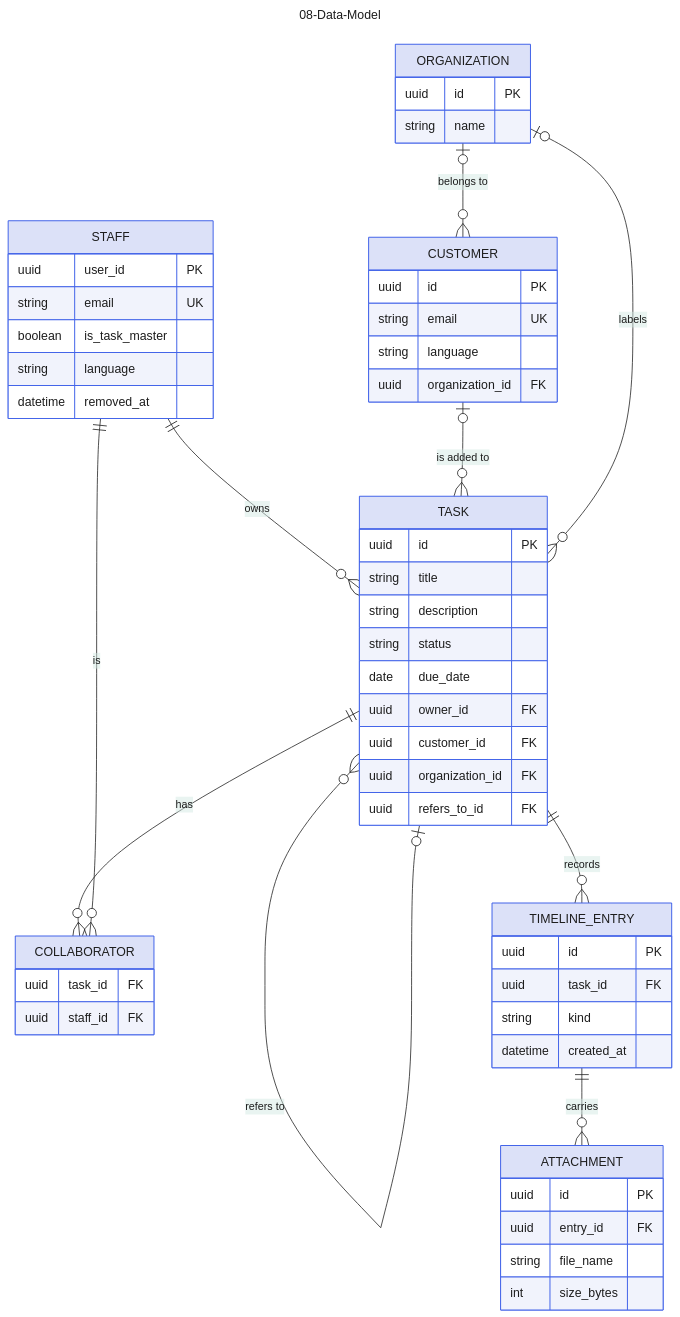
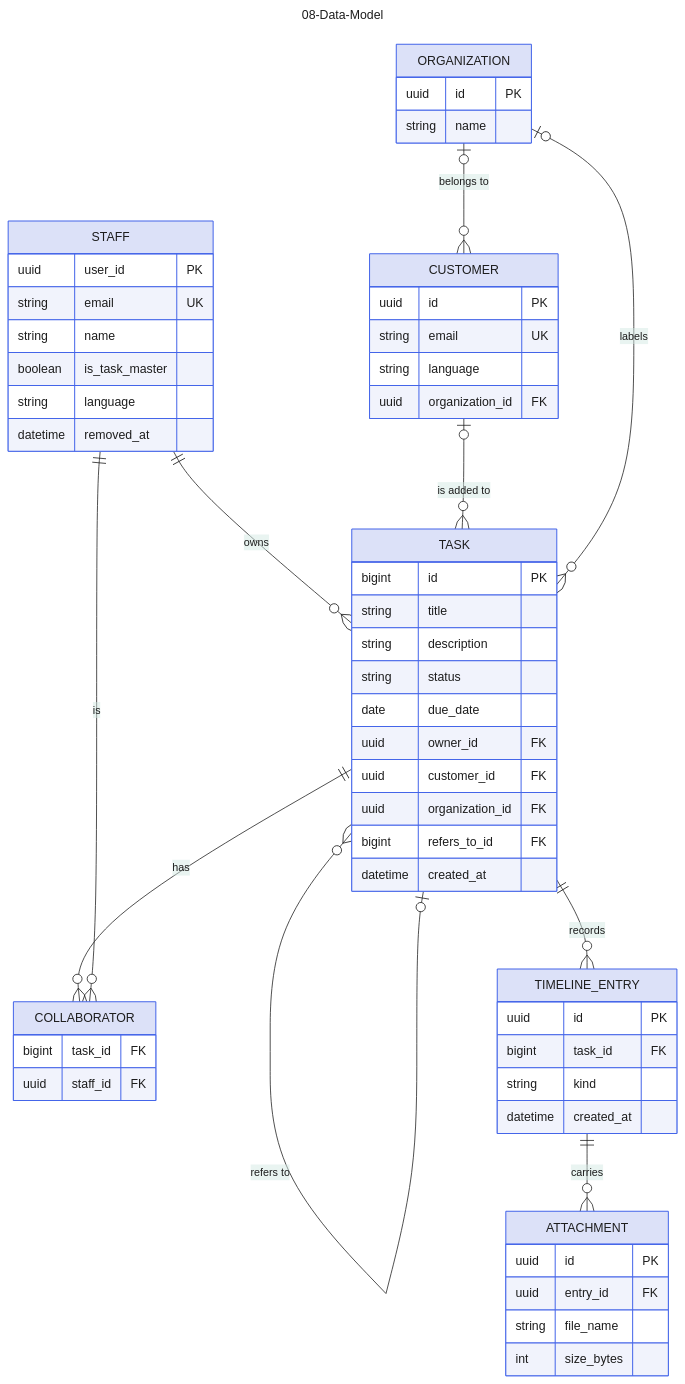
Before and after one commit to jedt3d/tasuku: the diagram in docs/diagram/08-Data-Model.md, drawn with Mermaid. The commit also changed other lines of this file and 1 other file, not shown here.

Commit message:
docs: sync the data model diagram with Tasks (#4)
TASK is built: its key is a running number, STAFF has a name.

```diff
--- a/docs/diagram/08-Data-Model.md
+++ b/docs/diagram/08-Data-Model.md
@@ -80,6 +80,7 @@
   STAFF {
     uuid user_id PK
     string email UK
+    string name
     boolean is_task_master
     string language
     datetime removed_at
@@ -95,7 +96,7 @@
     string name
   }
   TASK {
-    uuid id PK
+    bigint id PK
     string title
     string description
     string status
@@ -103,15 +104,16 @@
     uuid owner_id FK
     uuid customer_id FK
     uuid organization_id FK
-    uuid refers_to_id FK
+    bigint refers_to_id FK
+    datetime created_at
   }
   COLLABORATOR {
-    uuid task_id FK
+    bigint task_id FK
     uuid staff_id FK
   }
   TIMELINE_ENTRY {
     uuid id PK
-    uuid task_id FK
+    bigint task_id FK
     string kind
     datetime created_at
   }
```
